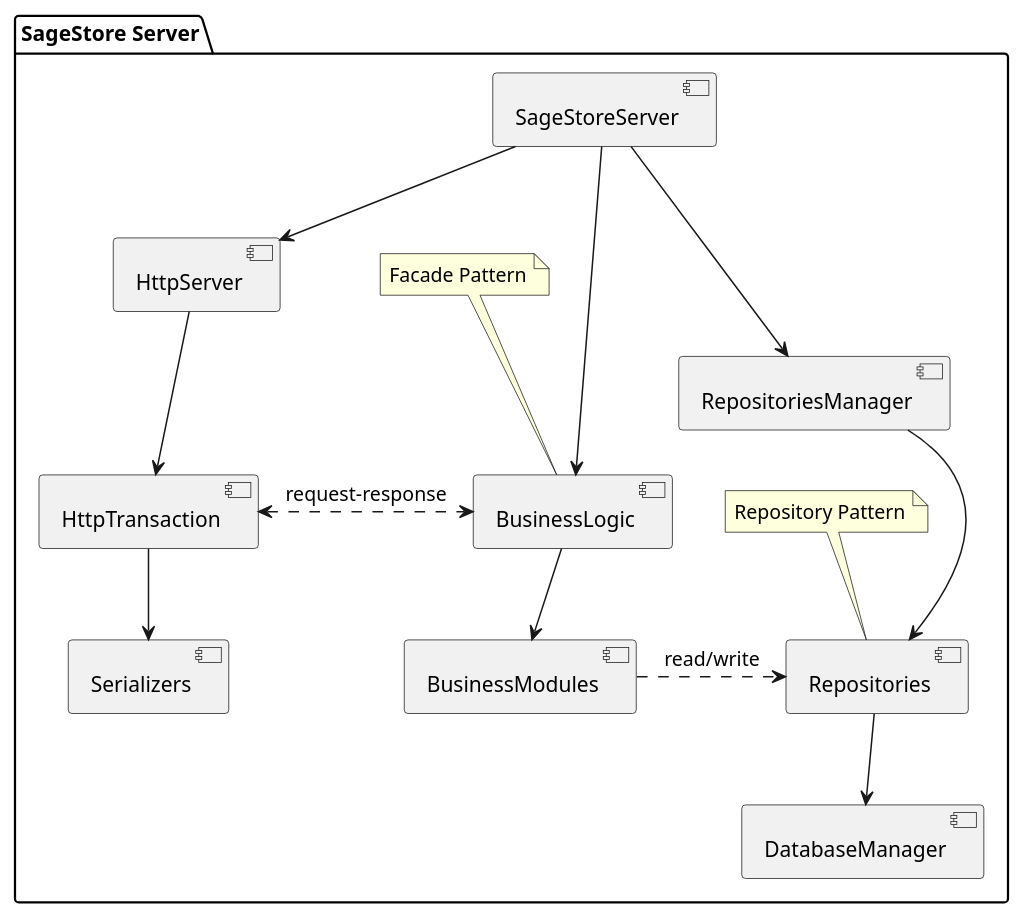
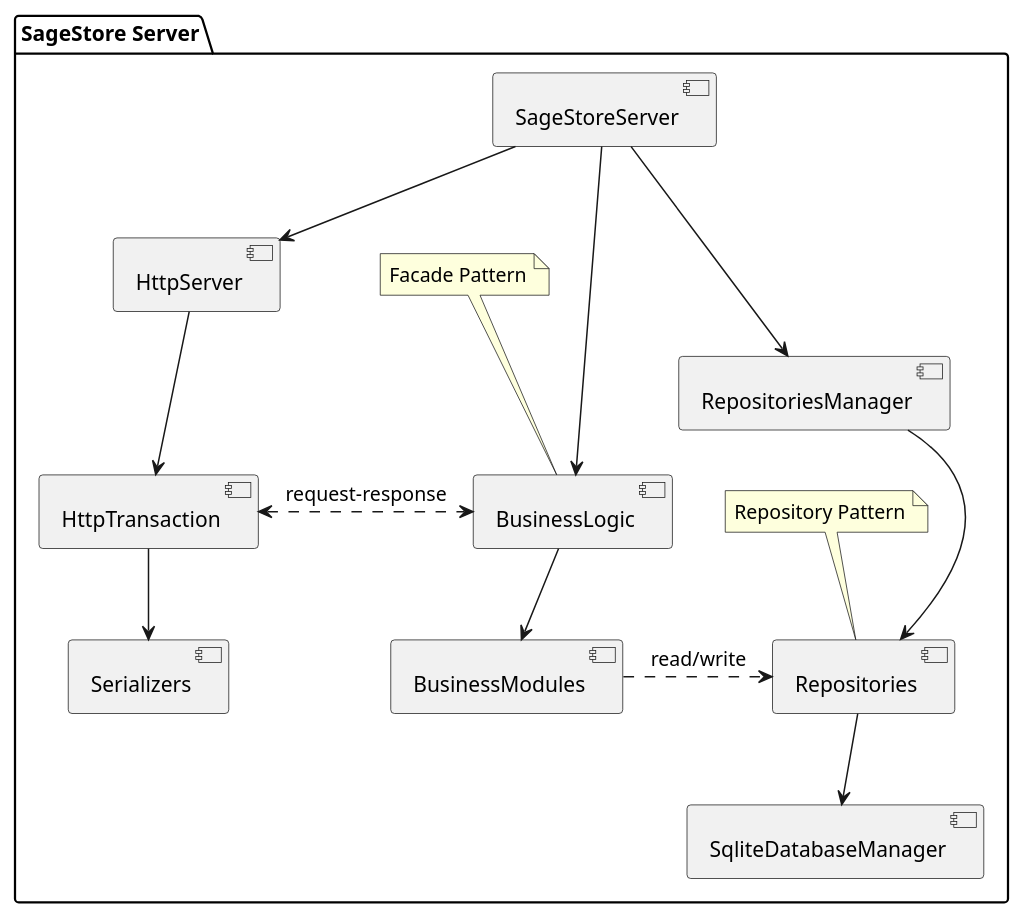
One commit to Sage-Cat/SageStore changed the diagram in docs/server/plantuml/Server_Design.puml. Above: the diagram before and after it, drawn with PlantUML. The commit also changed 30 other files, not shown here.

```diff
--- a/docs/server/plantuml/Server_Design.puml
+++ b/docs/server/plantuml/Server_Design.puml
@@ -1,37 +1,37 @@
 @startuml
 skinparam componentStyle uml2
 
 package "SageStore Server" {
     [SageStoreServer] as SSS 
     [HttpServer] as HS 
     [HttpTransaction] as HT 
     [Serializers] as S 
     [BusinessLogic] as BLF 
     [BusinessModules] as BM 
     [RepositoriesManager] as RM
-    [DatabaseManager] as DM
+    [SqliteDatabaseManager] as DM
     [Repositories] as R  
 
     SSS -down-> HS 
     SSS -down-> BLF 
     SSS -down-> RM
 
     HS -down-> HT
     HT -down-> S 
 
     BLF -down-> BM
     HT <.> BLF : "request-response"
 
     RM -down-> R 
     R -down-> DM
 
     BM .> R : "read/write"
 
     note "Repository Pattern" as RepoNote1
     RepoNote1 .. R
 
     note "Facade Pattern" as RepoNote2
     RepoNote2 .. BLF
 }
 
 @enduml
```
